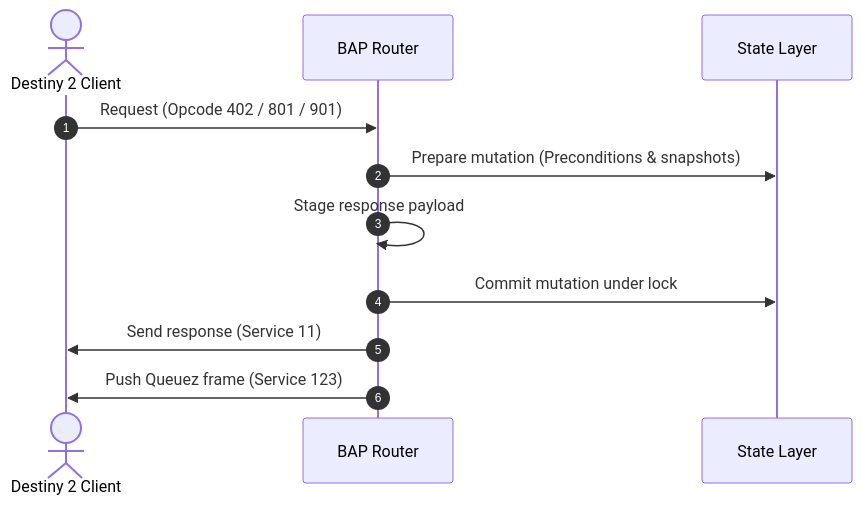
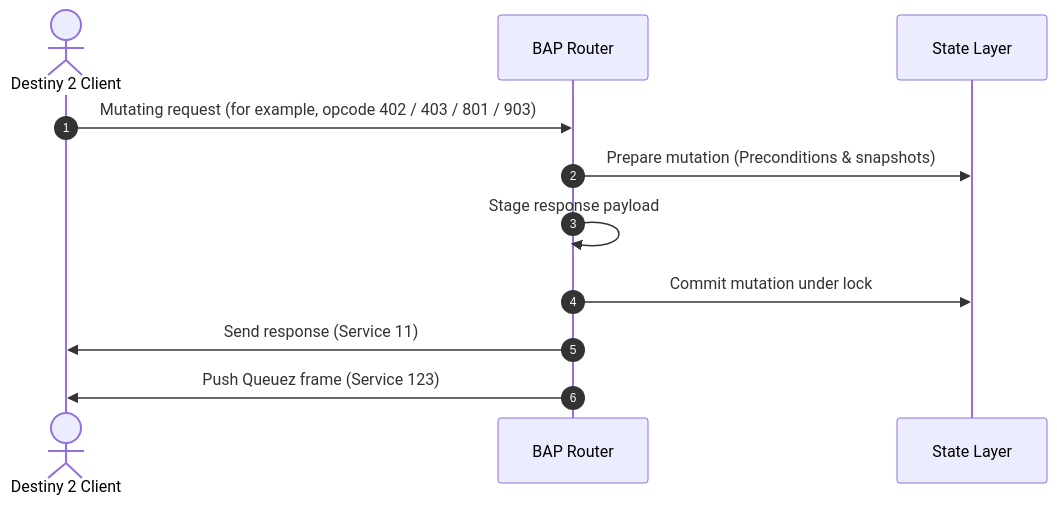
One commit to stanuwu/Sunrise changed the second of 3 diagrams in docs/server-architecture.md. Above: the diagram before and after it, drawn with Mermaid. The commit also changed other lines of this file and 7 other files, not shown here.

````diff
--- a/docs/server-architecture.md
+++ b/docs/server-architecture.md
@@ -48,14 +48,14 @@
 ```mermaid
 sequenceDiagram
     autonumber
     actor Client as Destiny 2 Client
     participant BAP as BAP Router
     participant State as State Layer
 
-    Client->>BAP: Request (Opcode 402 / 801 / 901)
+    Client->>BAP: Mutating request (for example, opcode 402 / 403 / 801 / 903)
     BAP->>State: Prepare mutation (Preconditions & snapshots)
     BAP->>BAP: Stage response payload
     BAP->>State: Commit mutation under lock
     BAP->>Client: Send response (Service 11)
     BAP->>Client: Push Queuez frame (Service 123)
 ```
````
